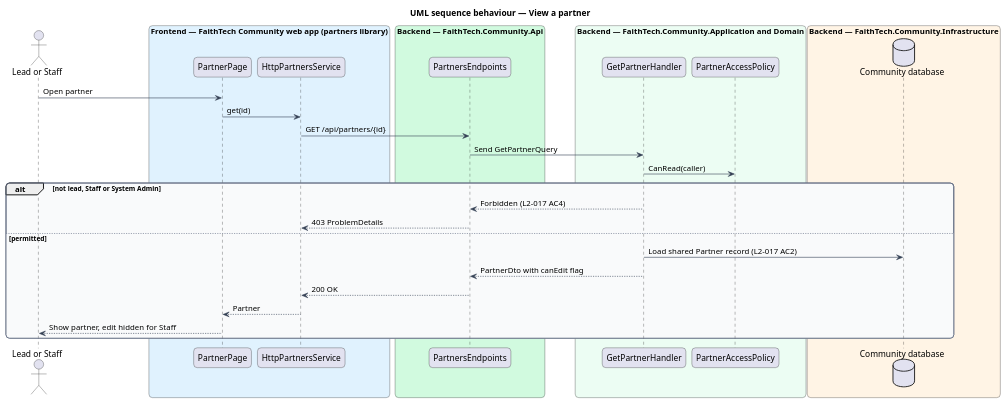
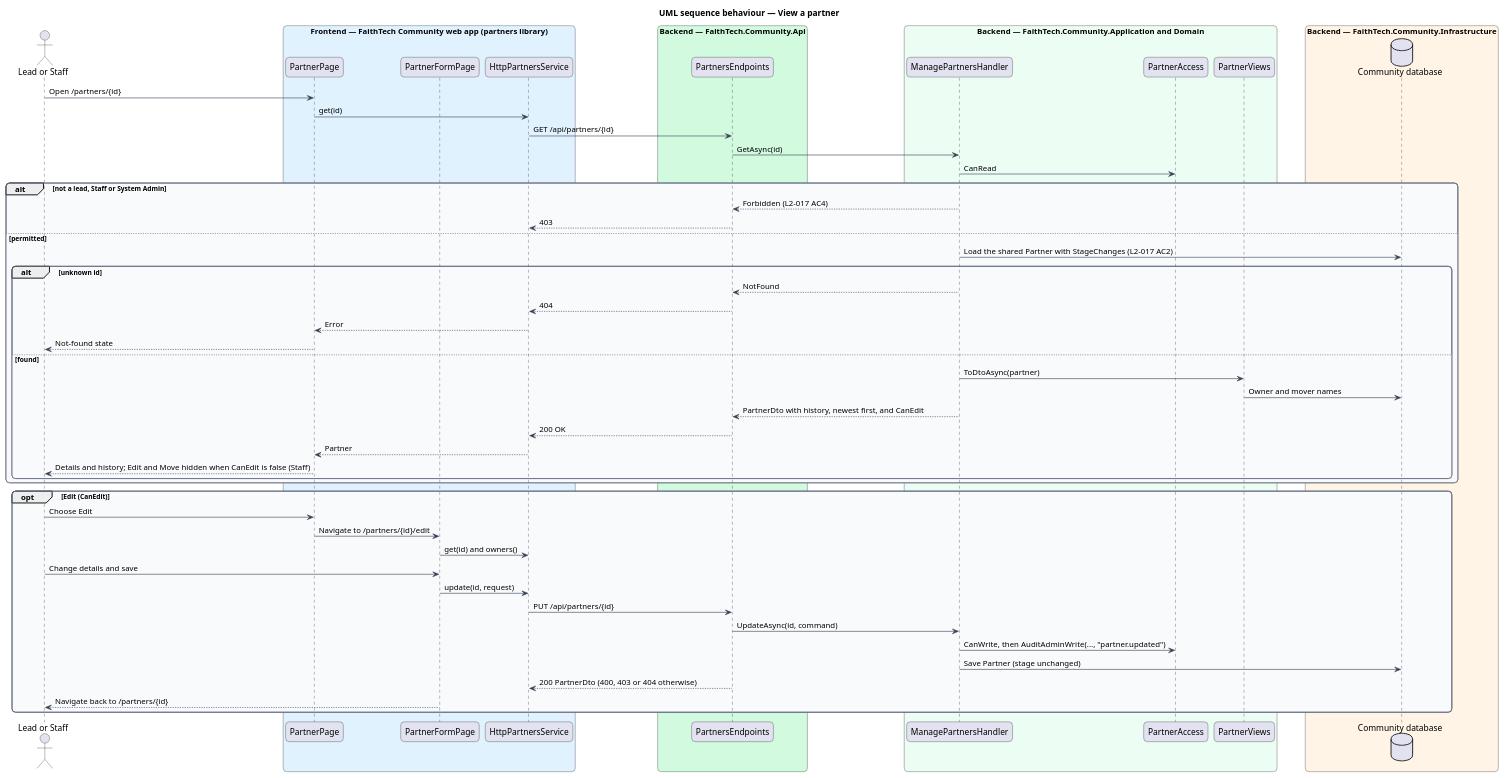
The diagram in docs/detailed-designs/partners/manage-partners/diagrams/sequence-view-partner.puml (QuinntyneBrown/faithtech-community), drawn with PlantUML before and after one commit. The commit also changed 79 other files, not shown here.

First line of the commit message:
Align the contacts and partners designs and diagrams with the built code

```diff
--- a/docs/detailed-designs/partners/manage-partners/diagrams/sequence-view-partner.puml
+++ b/docs/detailed-designs/partners/manage-partners/diagrams/sequence-view-partner.puml
@@ -1,47 +1,71 @@
 @startuml
 title UML sequence behaviour — View a partner
 skinparam backgroundColor #FFFFFF
 skinparam shadowing false
 skinparam roundcorner 12
 skinparam defaultFontName Arial
 skinparam ArrowColor #344054
 skinparam rectangle {
   BorderColor #344054
   FontColor #101828
 }
 skinparam package {
   BorderColor #667085
   FontColor #101828
   BackgroundColor #F9FAFB
 }
 actor "Lead or Staff" as actor
 box "Frontend — FaithTech Community web app (partners library)" #E0F2FE
   participant "PartnerPage" as page
+  participant "PartnerFormPage" as form
   participant "HttpPartnersService" as svc
 end box
 box "Backend — FaithTech.Community.Api" #D1FADF
   participant "PartnersEndpoints" as ep
 end box
 box "Backend — FaithTech.Community.Application and Domain" #ECFDF3
-  participant "GetPartnerHandler" as h
-  participant "PartnerAccessPolicy" as pol
+  participant "ManagePartnersHandler" as h
+  participant "PartnerAccess" as acc
+  participant "PartnerViews" as views
 end box
 box "Backend — FaithTech.Community.Infrastructure" #FFF4E5
   database "Community database" as db
 end box
-actor -> page : Open partner
+actor -> page : Open /partners/{id}
 page -> svc : get(id)
 svc -> ep : GET /api/partners/{id}
-ep -> h : Send GetPartnerQuery
-h -> pol : CanRead(caller)
-alt not lead, Staff or System Admin
+ep -> h : GetAsync(id)
+h -> acc : CanRead
+alt not a lead, Staff or System Admin
   h --> ep : Forbidden (L2-017 AC4)
-  ep --> svc : 403 ProblemDetails
+  ep --> svc : 403
 else permitted
-  h -> db : Load shared Partner record (L2-017 AC2)
-  h --> ep : PartnerDto with canEdit flag
-  ep --> svc : 200 OK
-  svc --> page : Partner
-  page --> actor : Show partner, edit hidden for Staff
+  h -> db : Load the shared Partner with StageChanges (L2-017 AC2)
+  alt unknown id
+    h --> ep : NotFound
+    ep --> svc : 404
+    svc --> page : Error
+    page --> actor : Not-found state
+  else found
+    h -> views : ToDtoAsync(partner)
+    views -> db : Owner and mover names
+    h --> ep : PartnerDto with history, newest first, and CanEdit
+    ep --> svc : 200 OK
+    svc --> page : Partner
+    page --> actor : Details and history; Edit and Move hidden when CanEdit is false (Staff)
+  end
+end
+opt Edit (CanEdit)
+  actor -> page : Choose Edit
+  page -> form : Navigate to /partners/{id}/edit
+  form -> svc : get(id) and owners()
+  actor -> form : Change details and save
+  form -> svc : update(id, request)
+  svc -> ep : PUT /api/partners/{id}
+  ep -> h : UpdateAsync(id, command)
+  h -> acc : CanWrite, then AuditAdminWrite(..., "partner.updated")
+  h -> db : Save Partner (stage unchanged)
+  ep --> svc : 200 PartnerDto (400, 403 or 404 otherwise)
+  form --> actor : Navigate back to /partners/{id}
 end
 @enduml
```
